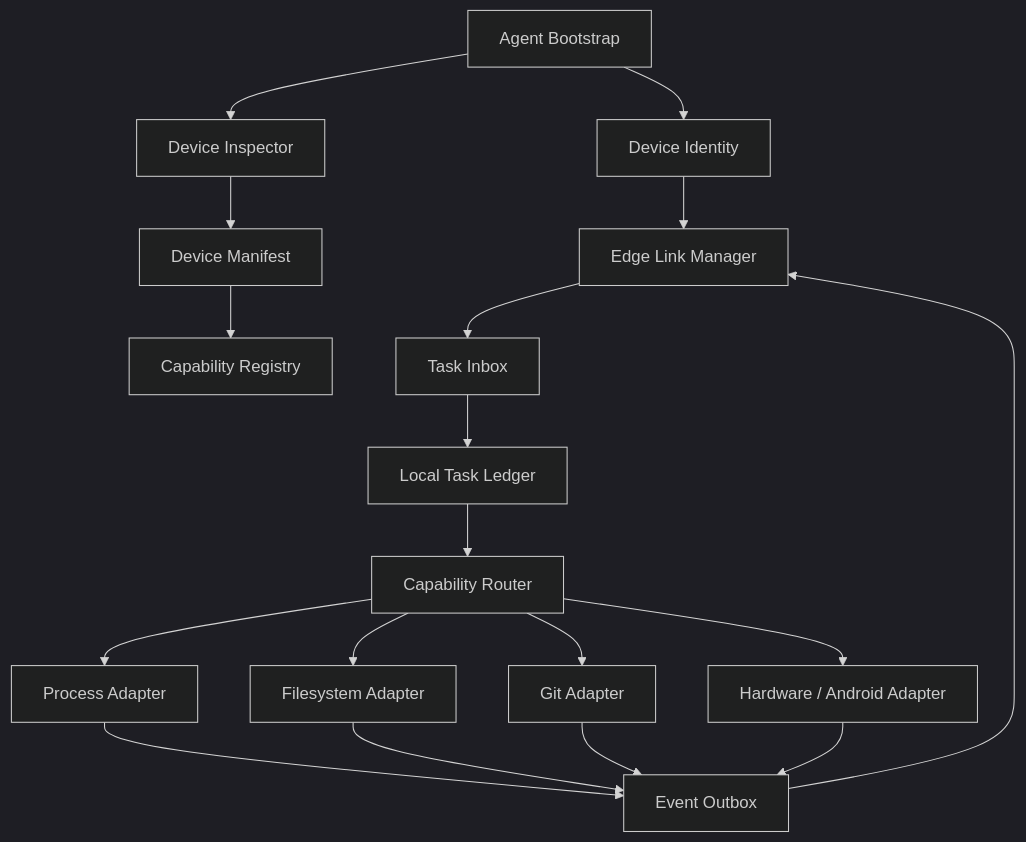
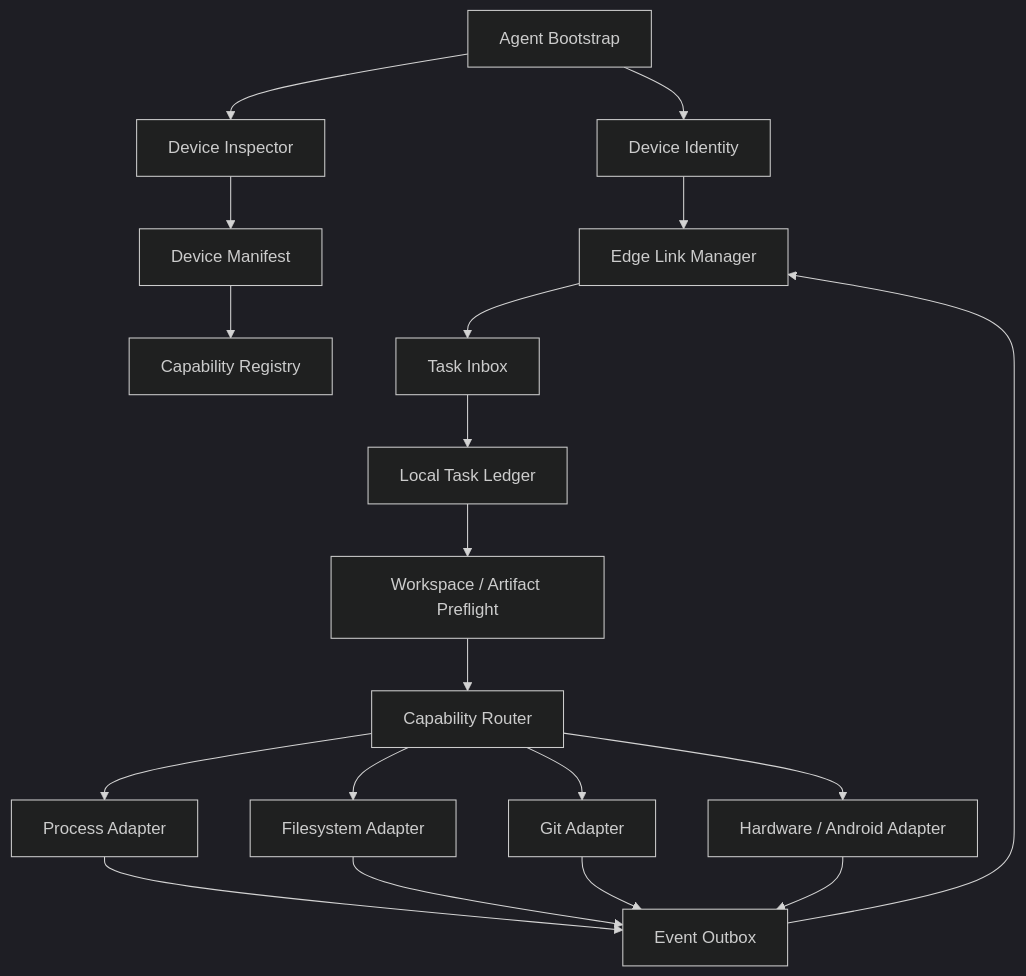
One commit to h1neolzr7f/dsh-edge-orchestrator changed the diagram in docs/05_DEVICE_AGENT.md. Above: the diagram before and after it, drawn with Mermaid (dark theme). The commit also changed other lines of this file and 14 other files, not shown here.

```diff
--- a/docs/05_DEVICE_AGENT.md
+++ b/docs/05_DEVICE_AGENT.md
@@ -28,20 +28,21 @@
 ~~~mermaid
 flowchart TB
   BOOT[Agent Bootstrap] --> INSPECT[Device Inspector]
   BOOT --> ID[Device Identity]
   INSPECT --> MAN[Device Manifest]
   MAN --> CAP[Capability Registry]
   ID --> LINK[Edge Link Manager]
   LINK --> INBOX[Task Inbox]
   INBOX --> LEDGER[Local Task Ledger]
-  LEDGER --> ROUTER[Capability Router]
+  LEDGER --> PRE[Workspace / Artifact Preflight]
+  PRE --> ROUTER[Capability Router]
   ROUTER --> PROC[Process Adapter]
   ROUTER --> FS[Filesystem Adapter]
   ROUTER --> GIT[Git Adapter]
   ROUTER --> HW[Hardware / Android Adapter]
   PROC --> OUT[Event Outbox]
   FS --> OUT
   GIT --> OUT
   HW --> OUT
   OUT --> LINK
 ~~~
```
